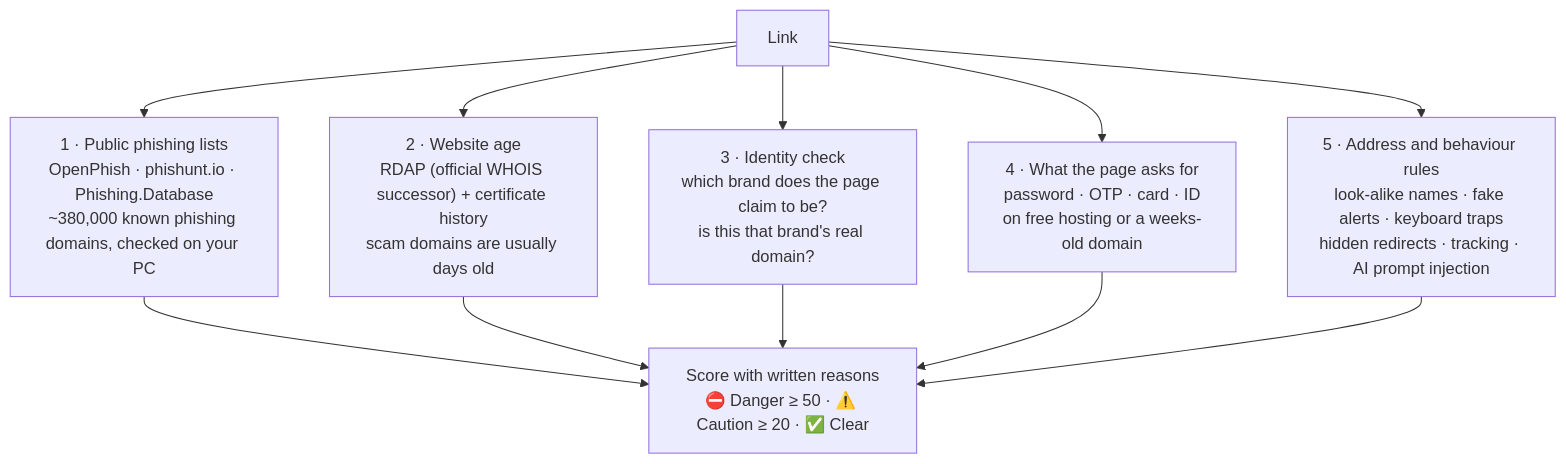
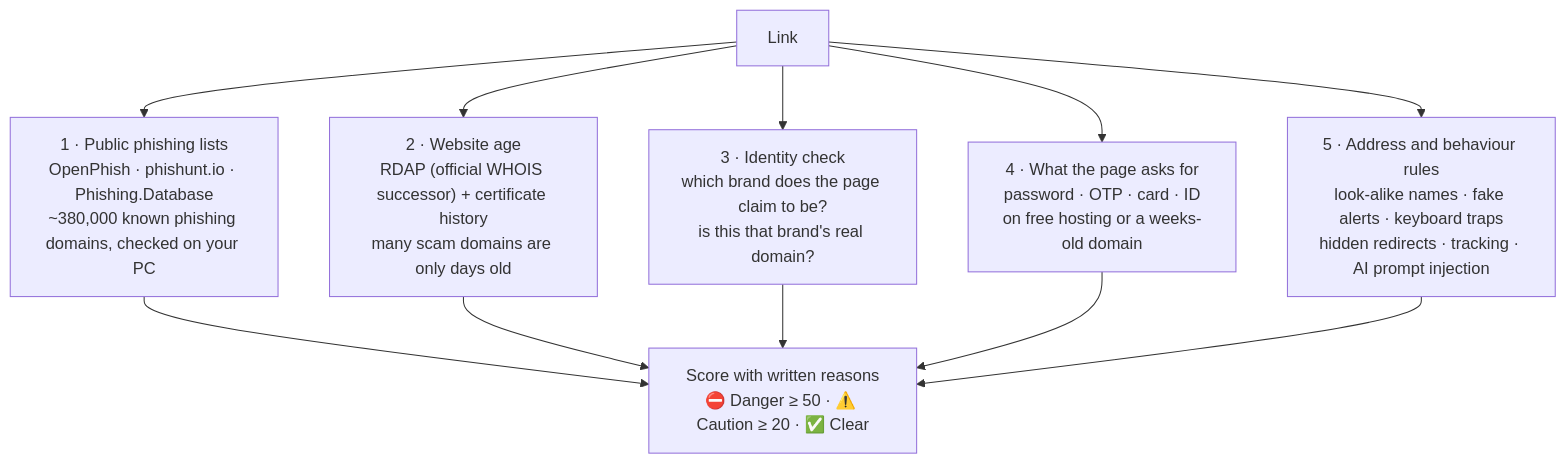
The second of 4 diagrams in README.md (nikylogic/PhishGuard), drawn with Mermaid before and after one commit. The commit also changed other lines of this file and 16 other files, not shown here.

````diff
--- a/README.md
+++ b/README.md
@@ -61,10 +60,10 @@
 ```mermaid
 flowchart TB
     L["Link"] --> L1 & L2 & L3 & L4 & L5
     L1["1 · Public phishing lists<br/>OpenPhish · phishunt.io · Phishing.Database<br/>~380,000 known phishing domains, checked on your PC"]
-    L2["2 · Website age<br/>RDAP (official WHOIS successor) + certificate history<br/>scam domains are usually days old"]
+    L2["2 · Website age<br/>RDAP (official WHOIS successor) + certificate history<br/>many scam domains are only days old"]
     L3["3 · Identity check<br/>which brand does the page claim to be?<br/>is this that brand's real domain?"]
     L4["4 · What the page asks for<br/>password · OTP · card · ID<br/>on free hosting or a weeks-old domain"]
     L5["5 · Address and behaviour rules<br/>look-alike names · fake alerts · keyboard traps<br/>hidden redirects · tracking · AI prompt injection"]
     L1 & L2 & L3 & L4 & L5 --> S["Score with written reasons<br/>⛔ Danger ≥ 50 · ⚠️ Caution ≥ 20 · ✅ Clear"]
 ```
````
